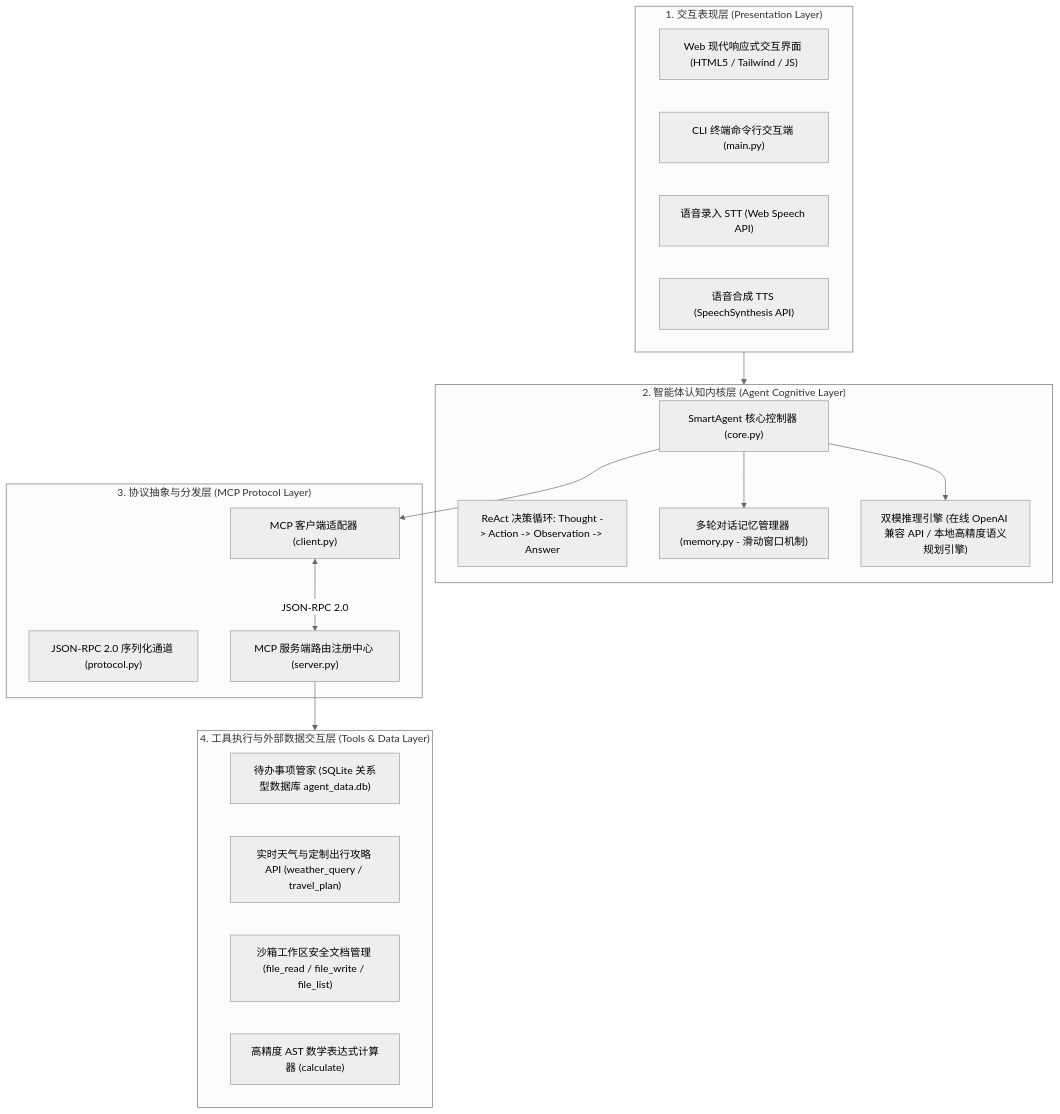
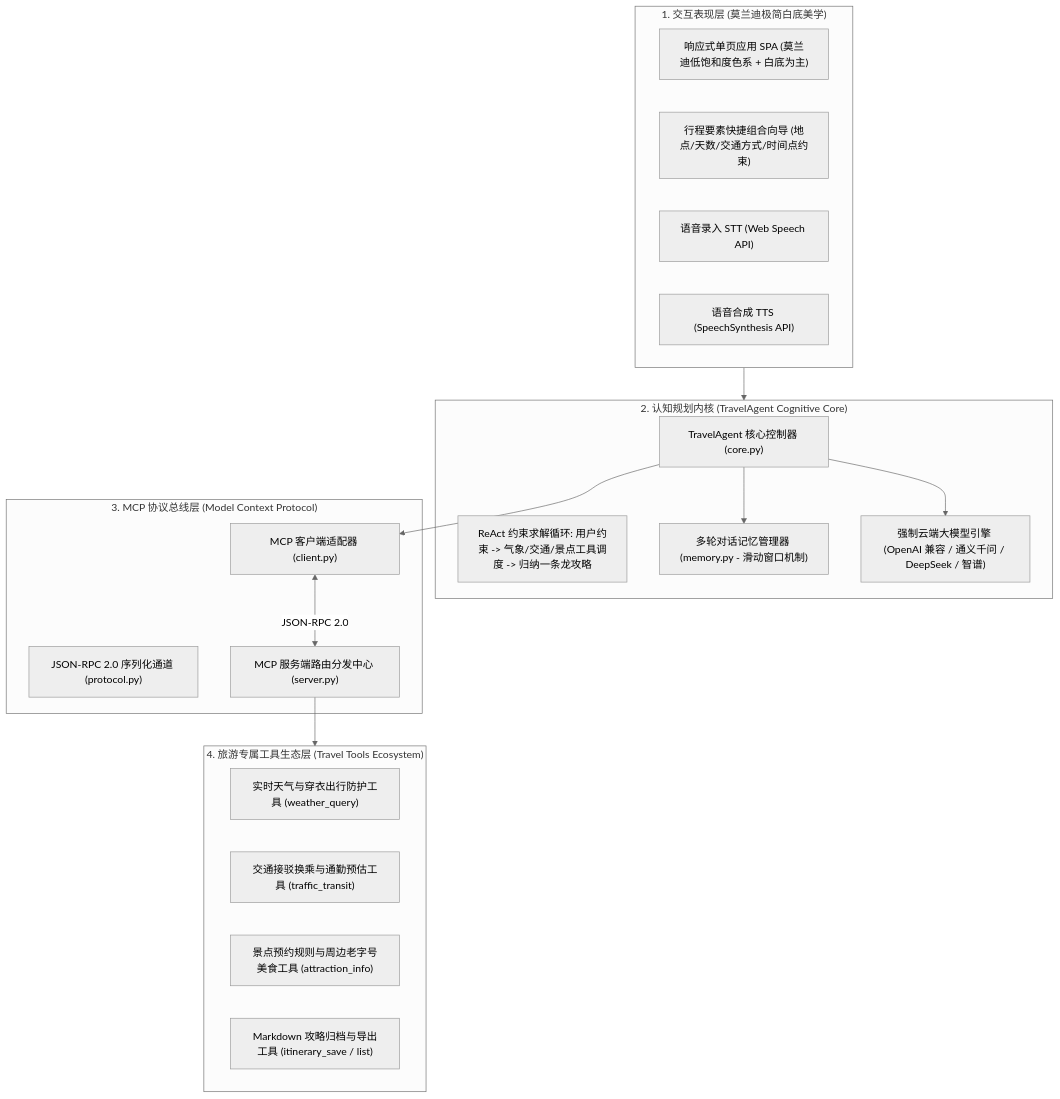
Before and after one commit to IntZhx2/IntZhx2: the first of 2 diagrams in smart_agent/docs/architecture.md, drawn with Mermaid (neutral theme). The commit also changed other lines of this file and 10 other files, not shown here.

````diff
--- a/smart_agent/docs/architecture.md
+++ b/smart_agent/docs/architecture.md
@@ -11,36 +11,36 @@
 ```mermaid
 flowchart TB
-    subgraph Layer1["1. 交互表现层 (Presentation Layer)"]
-        WebUI["Web 现代响应式交互界面 (HTML5 / Tailwind / JS)"]
-        CLI["CLI 终端命令行交互端 (main.py)"]
+    subgraph Presentation["1. 交互表现层 (莫兰迪极简白底美学)"]
+        WebUI["响应式单页应用 SPA (莫兰迪低饱和度色系 + 白底为主)"]
+        TravelGuideForm["行程要素快捷组合向导 (地点/天数/交通方式/时间点约束)"]
         VoiceSTT["语音录入 STT (Web Speech API)"]
         VoiceTTS["语音合成 TTS (SpeechSynthesis API)"]
     end
 
-    subgraph Layer2["2. 智能体认知内核层 (Agent Cognitive Layer)"]
-        SmartAgentCore["SmartAgent 核心控制器 (core.py)"]
-        ReActLoop["ReAct 决策循环: Thought -> Action -> Observation -> Answer"]
+    subgraph Cognitive["2. 认知规划内核 (TravelAgent Cognitive Core)"]
+        AgentCore["TravelAgent 核心控制器 (core.py)"]
+        ReActLoop["ReAct 约束求解循环: 用户约束 -> 气象/交通/景点工具调度 -> 归纳一条龙攻略"]
         Memory["多轮对话记忆管理器 (memory.py - 滑动窗口机制)"]
-        LLMEngine["双模推理引擎 (在线 OpenAI 兼容 API / 本地高精度语义规划引擎)"]
+        MandatoryLLM["强制云端大模型引擎 (OpenAI 兼容 / 通义千问 / DeepSeek / 智谱)"]
     end
 
-    subgraph Layer3["3. 协议抽象与分发层 (MCP Protocol Layer)"]
+    subgraph Protocol["3. MCP 协议总线层 (Model Context Protocol)"]
         MCPClient["MCP 客户端适配器 (client.py)"]
         JSONRPC["JSON-RPC 2.0 序列化通道 (protocol.py)"]
-        MCPServer["MCP 服务端路由注册中心 (server.py)"]
+        MCPServer["MCP 服务端路由分发中心 (server.py)"]
     end
 
-    subgraph Layer4["4. 工具执行与外部数据交互层 (Tools & Data Layer)"]
-        TodoTool["待办事项管家 (SQLite 关系型数据库 agent_data.db)"]
-        WeatherTool["实时天气与定制出行攻略 API (weather_query / travel_plan)"]
-        FileTool["沙箱工作区安全文档管理 (file_read / file_write / file_list)"]
-        MathTool["高精度 AST 数学表达式计算器 (calculate)"]
+    subgraph ToolsLayer["4. 旅游专属工具生态层 (Travel Tools Ecosystem)"]
+        WeatherTool["实时天气与穿衣出行防护工具 (weather_query)"]
+        TrafficTool["交通接驳换乘与通勤预估工具 (traffic_transit)"]
+        AttractionTool["景点预约规则与周边老字号美食工具 (attraction_info)"]
+        ItineraryTool["Markdown 攻略归档与导出工具 (itinerary_save / list)"]
     end
 
-    Layer1 --> Layer2
-    SmartAgentCore --> Memory
-    SmartAgentCore --> LLMEngine
-    SmartAgentCore --> MCPClient
+    Presentation --> Cognitive
+    AgentCore --> Memory
+    AgentCore --> MandatoryLLM
+    AgentCore --> MCPClient
     MCPClient <-->|JSON-RPC 2.0| MCPServer
-    MCPServer --> Layer4
+    MCPServer --> ToolsLayer
 ```
````
